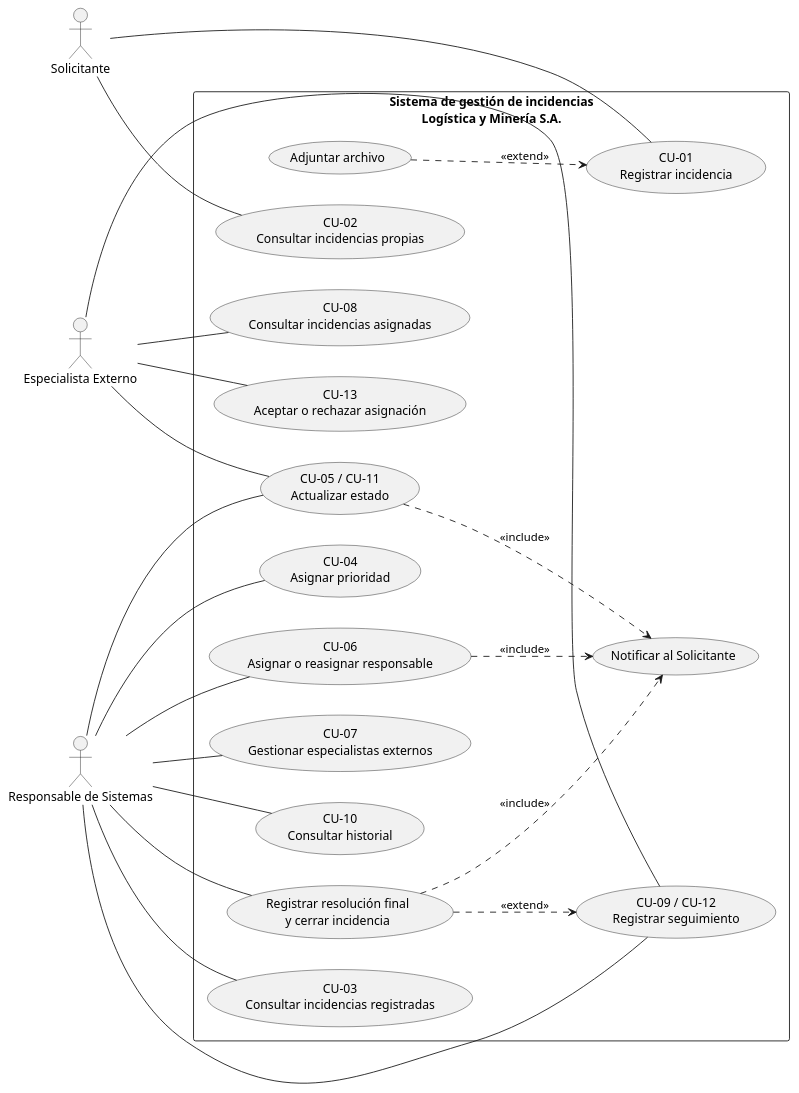
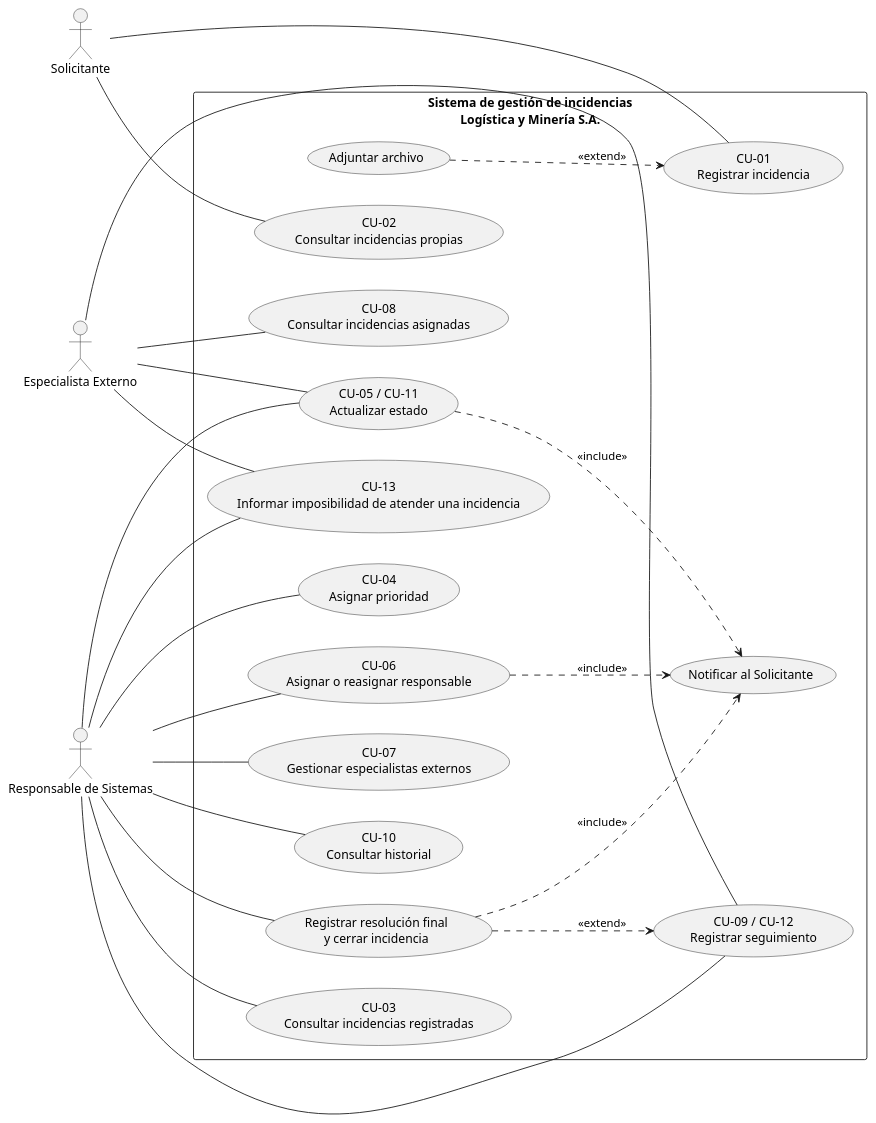
The diagram in diagramas/casos-de-uso.puml (Luciosanfi7413/Caso-de-estudio-Log-stica-y-Miner-a-S.A), drawn with PlantUML before and after one commit. The commit also changed 1 other file, not shown here.

Commit message:
Agregando el caso de uso 13 al diagrama

```diff
--- a/diagramas/casos-de-uso.puml
+++ b/diagramas/casos-de-uso.puml
@@ -1,52 +1,54 @@
 @startuml
 left to right direction
 skinparam packageStyle rectangle
 
 actor "Solicitante" as Solicitante
 actor "Responsable de Sistemas" as Sistemas
 actor "Especialista Externo" as Externo
 
 rectangle "Sistema de gestión de incidencias\nLogística y Minería S.A." {
   usecase "CU-01\nRegistrar incidencia" as CU01
   usecase "Adjuntar archivo" as Adjuntar
 
   usecase "CU-02\nConsultar incidencias propias" as CU02
   usecase "CU-03\nConsultar incidencias registradas" as CU03
   usecase "CU-04\nAsignar prioridad" as CU04
   usecase "CU-06\nAsignar o reasignar responsable" as CU06
   usecase "CU-07\nGestionar especialistas externos" as CU07
   usecase "CU-10\nConsultar historial" as CU10
 
   usecase "CU-05 / CU-11\nActualizar estado" as CU05
   usecase "CU-08\nConsultar incidencias asignadas" as CU08
   usecase "CU-09 / CU-12\nRegistrar seguimiento" as CU09
   usecase "Registrar resolución final\ny cerrar incidencia" as Cerrar
-  usecase "CU-13\nAceptar o rechazar asignación" as CU13
+  usecase "CU-13\nInformar imposibilidad de atender una incidencia" as CU13
 
   usecase "Notificar al Solicitante" as Notificar
 }
 
 Solicitante -- CU01
 Solicitante -- CU02
 
 Sistemas -- CU03
 Sistemas -- CU04
 Sistemas -- CU05
 Sistemas -- CU06
 Sistemas -- CU07
 Sistemas -- CU09
 Sistemas -- CU10
 Sistemas -- Cerrar
+Sistemas -- CU13
 
 Externo -- CU05
 Externo -- CU08
 Externo -- CU09
 Externo -- CU13
 
 Adjuntar ..> CU01 : <<extend>>
 
 CU05 ..> Notificar : <<include>>
 CU06 ..> Notificar : <<include>>
 Cerrar ..> Notificar : <<include>>
 Cerrar ..> CU09 : <<extend>>
+
 @enduml
```
